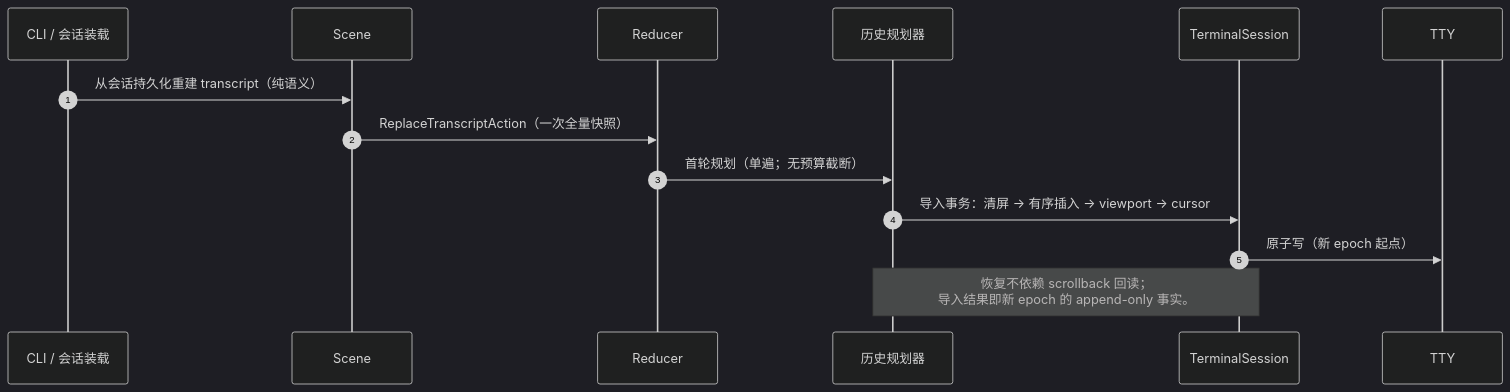
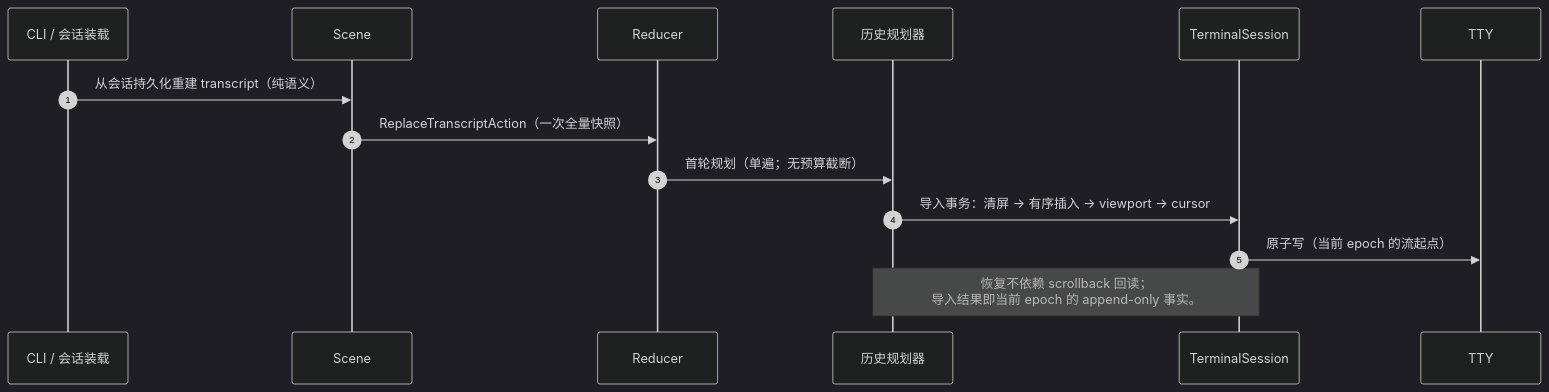
One commit to wwsheng009/ai-agent-runtime changed the fifth of 14 diagrams in docs/architecture/aicli-tui-renderer-architecture-design.md. Above: the diagram before and after it, drawn with Mermaid (dark theme). The commit also changed other lines of this file and 3 other files, not shown here.

Commit message:
docs(plan,architecture): A1-2c settle 定稿 + 六门槛删除面评估（§3.4/§3.6 对齐）

````diff
--- a/docs/architecture/aicli-tui-renderer-architecture-design.md
+++ b/docs/architecture/aicli-tui-renderer-architecture-design.md
@@ -335,17 +343,17 @@
 ```mermaid
 sequenceDiagram
     autonumber
     participant CL as CLI / 会话装载
     participant SC as Scene
     participant RD as Reducer
     participant PL as 历史规划器
     participant TS as TerminalSession
     participant TTY as TTY
 
     CL->>SC: 从会话持久化重建 transcript（纯语义）
     SC->>RD: ReplaceTranscriptAction（一次全量快照）
     RD->>PL: 首轮规划（单遍；无预算截断）
     PL->>TS: 导入事务：清屏 → 有序插入 → viewport → cursor
-    TS->>TTY: 原子写（新 epoch 起点）
-    Note over PL,TS: 恢复不依赖 scrollback 回读；<br/>导入结果即新 epoch 的 append-only 事实。
+    TS->>TTY: 原子写（当前 epoch 的流起点）
+    Note over PL,TS: 恢复不依赖 scrollback 回读；<br/>导入结果即当前 epoch 的 append-only 事实。
 ```
````
